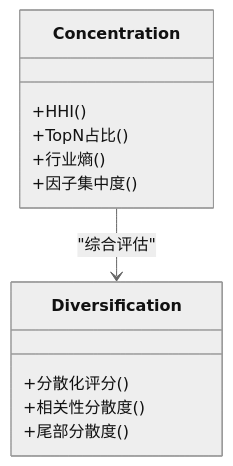
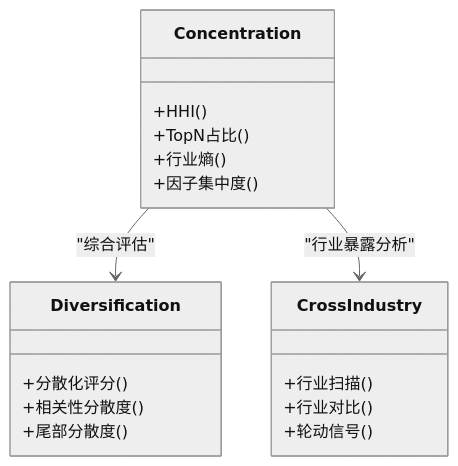
The sixth of 10 diagrams in .qoder/repowiki/zh/content/AI技能系统/核心投资研究技能/投资组合审查技能.md (Ted-Engineer/ai-berkshire), drawn with Mermaid (neutral theme) before and after one commit. The commit also changed other lines of this file and 76 other files, not shown here.

````diff
--- a/.qoder/repowiki/zh/content/AI技能系统/核心投资研究技能/投资组合审查技能.md
+++ b/.qoder/repowiki/zh/content/AI技能系统/核心投资研究技能/投资组合审查技能.md
@@ -224,15 +248,21 @@
 ```mermaid
 classDiagram
 class Concentration {
 +HHI()
 +TopN占比()
 +行业熵()
 +因子集中度()
 }
 class Diversification {
 +分散化评分()
 +相关性分散度()
 +尾部分散度()
 }
+class CrossIndustry {
++行业扫描()
++行业对比()
++轮动信号()
+}
 Concentration --> Diversification : "综合评估"
+Concentration --> CrossIndustry : "行业暴露分析"
 ```
````
